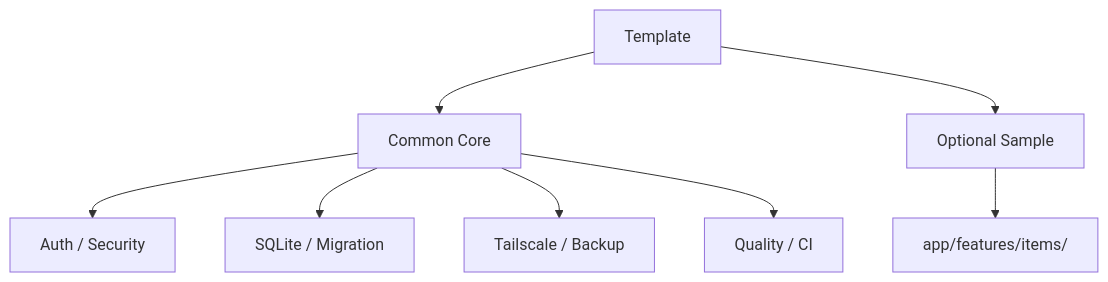
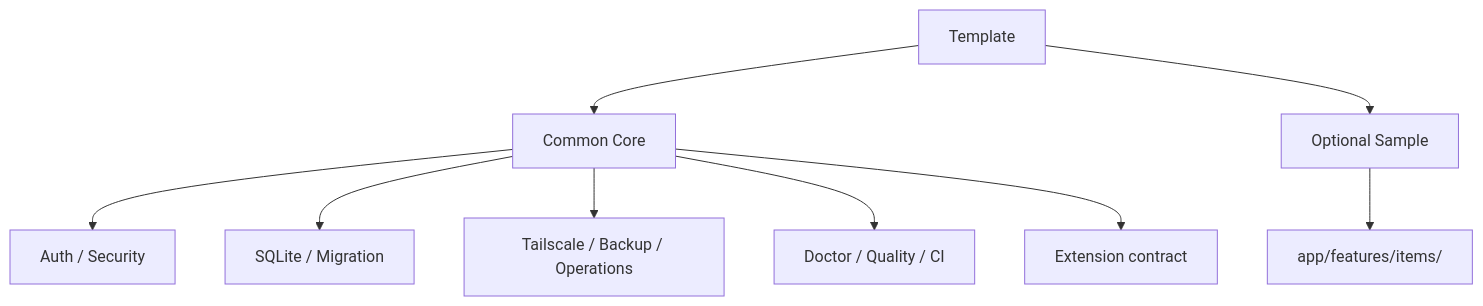
The second of 6 diagrams in README.md (k-systems202208/python-sqlite-tailscale-webapp-template), drawn with Mermaid before and after one commit. The commit also changed other lines of this file and 10 other files, not shown here.

````diff
--- a/README.md
+++ b/README.md
@@ -46,10 +50,11 @@
 ```mermaid
 flowchart TD
     T["Template"] --> C["Common Core"]
     T --> S["Optional Sample"]
     C --> C1["Auth / Security"]
     C --> C2["SQLite / Migration"]
-    C --> C3["Tailscale / Backup"]
-    C --> C4["Quality / CI"]
+    C --> C3["Tailscale / Backup / Operations"]
+    C --> C4["Doctor / Quality / CI"]
+    C --> C5["Extension contract"]
     S --> S1["app/features/items/"]
 ```
````
